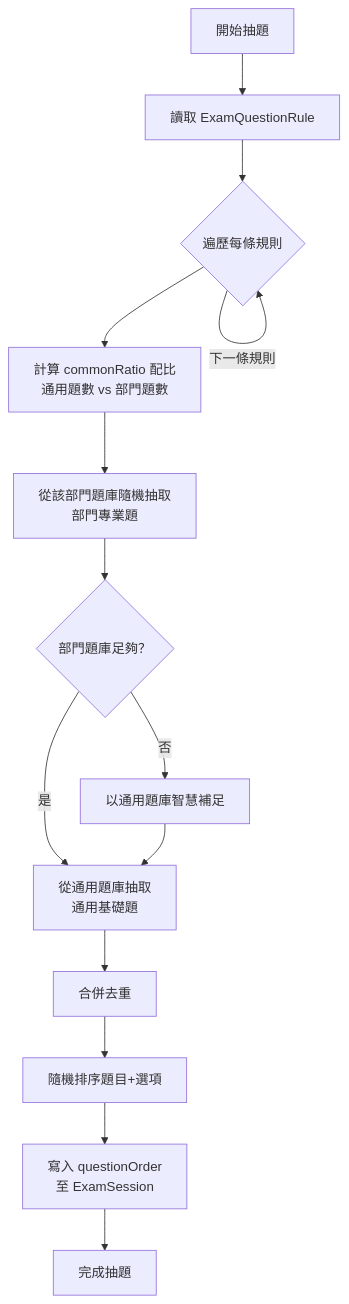
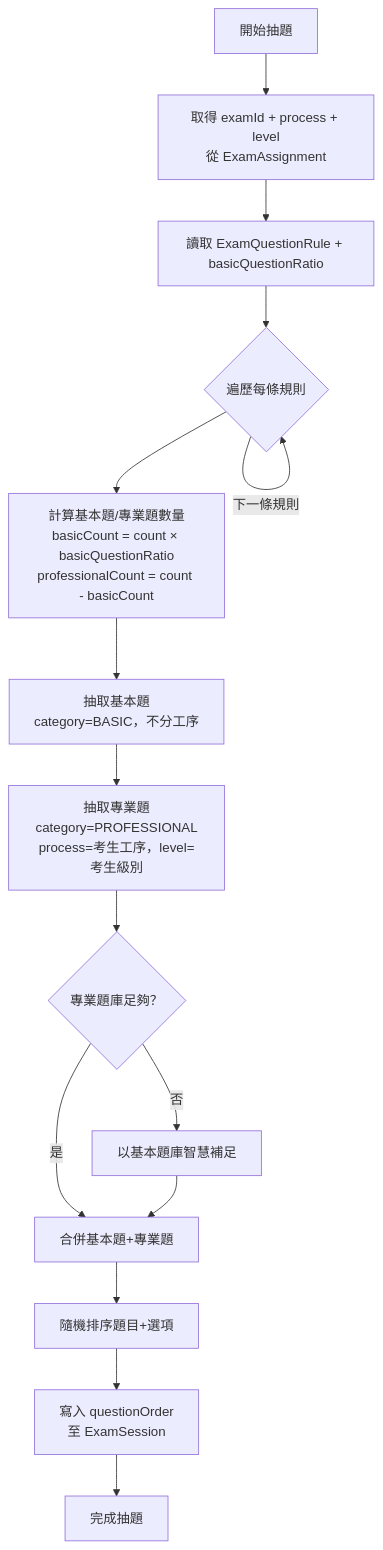
One commit to Aken-Teams/hr-online-test changed the third of 7 diagrams in SDD-Engineer.md. Above: the diagram before and after it, drawn with Mermaid. The commit also changed other lines of this file and 81 other files, not shown here.

````diff
--- a/SDD-Engineer.md
+++ b/SDD-Engineer.md
@@ -101,20 +109,22 @@
 ```mermaid
 flowchart TD
-    START[開始抽題] --> RULES[讀取 ExamQuestionRule]
+    START[開始抽題] --> INPUT[取得 examId + process + level<br/>從 ExamAssignment]
+    INPUT --> RULES[讀取 ExamQuestionRule + basicQuestionRatio]
     RULES --> LOOP{遍歷每條規則}
 
-    LOOP --> RATIO[計算 commonRatio 配比<br/>通用題數 vs 部門題數]
-    RATIO --> DEPT[從該部門題庫隨機抽取<br/>部門專業題]
-    DEPT --> CHECK{部門題庫足夠？}
+    LOOP --> SPLIT[計算基本題/專業題數量<br/>basicCount = count × basicQuestionRatio<br/>professionalCount = count - basicCount]
 
-    CHECK -->|是| COMMON[從通用題庫抽取<br/>通用基礎題]
-    CHECK -->|否| FILL[以通用題庫智慧補足]
-    FILL --> COMMON
+    SPLIT --> BASIC[抽取基本題<br/>category=BASIC，不分工序]
+    BASIC --> PROF[抽取專業題<br/>category=PROFESSIONAL<br/>process=考生工序，level=考生級別]
 
-    COMMON --> MERGE[合併去重]
+    PROF --> CHECK{專業題庫足夠？}
+    CHECK -->|是| MERGE[合併基本題+專業題]
+    CHECK -->|否| FILL[以基本題庫智慧補足]
+    FILL --> MERGE
+
     MERGE --> SHUFFLE[隨機排序題目+選項]
     SHUFFLE --> SAVE[寫入 questionOrder<br/>至 ExamSession]
 
     LOOP -->|下一條規則| LOOP
     SAVE --> END[完成抽題]
 ```
````
